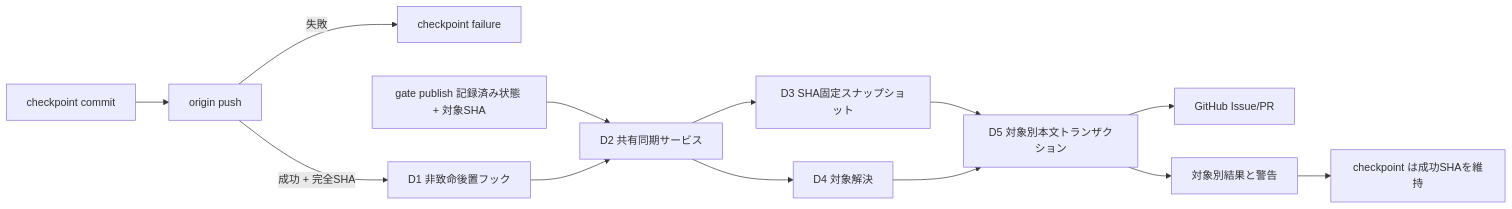
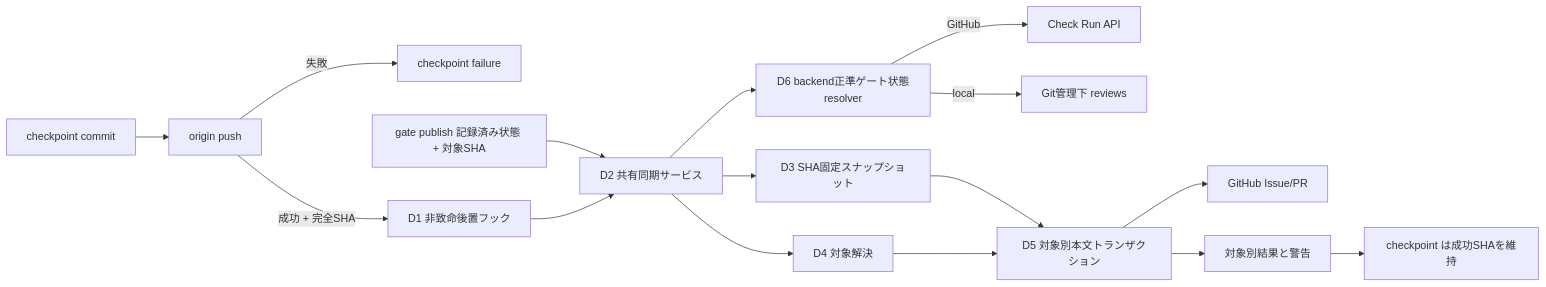
Before and after one commit to techbeansjp-free/AGENTS.md: the diagram in DESIGN.md, drawn with Mermaid. The commit also changed other lines of this file and 1 other file, not shown here.

````diff
--- a/DESIGN.md
+++ b/DESIGN.md
@@ -48,15 +48,18 @@
 ```mermaid
 flowchart LR
   A[checkpoint commit] --> B[origin push]
   B -->|失敗| C[checkpoint failure]
   B -->|成功 + 完全SHA| D[D1 非致命後置フック]
   G[gate publish 記録済み状態 + 対象SHA] --> D2[D2 共有同期サービス]
   D --> D2
+  D2 --> R[D6 backend正準ゲート状態resolver]
+  R -->|GitHub| Q[Check Run API]
+  R -->|local| L[Git管理下 reviews]
   D2 --> E[D3 SHA固定スナップショット]
   D2 --> F[D4 対象解決]
   E --> H[D5 対象別本文トランザクション]
   F --> H
   H --> I[GitHub Issue/PR]
   H --> J[対象別結果と警告]
   J --> K[checkpoint は成功SHAを維持]
 ```
````
